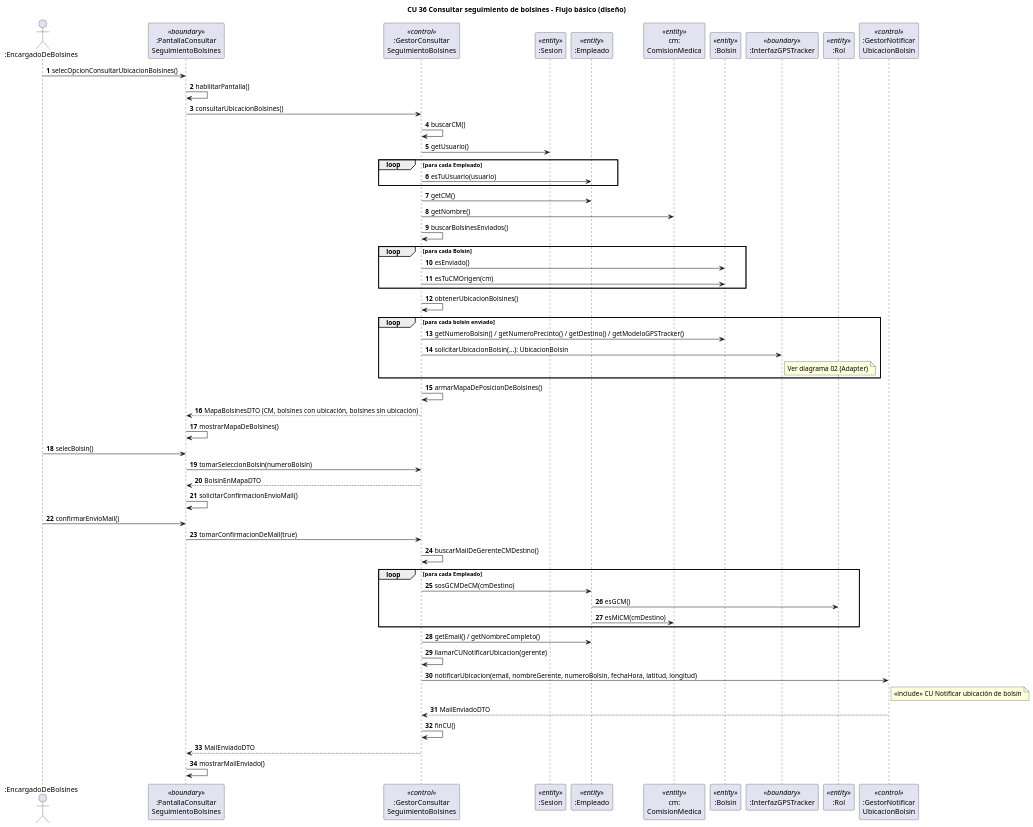
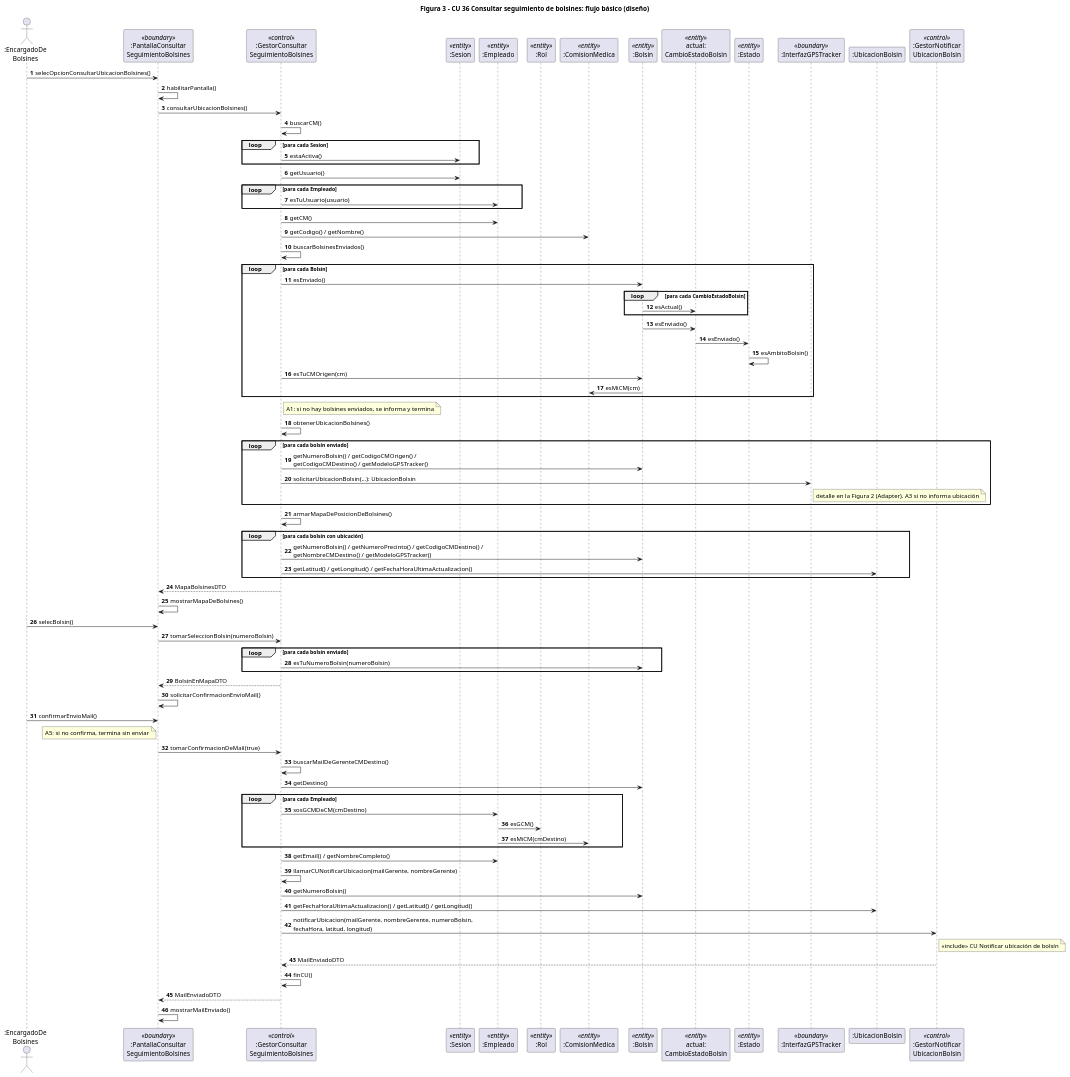
One commit to Fedegon10/CU-36-G1 changed the diagram in 03_diagramas/fuentes_plantuml/03_secuencia_completa_corregida.puml. Above: the diagram before and after it, drawn with PlantUML. The commit also changed 32 other files, not shown here.

First line of the commit message:
Código y diagramas de secuencia alineados mensaje por mensaje

```diff
--- a/03_diagramas/fuentes_plantuml/03_secuencia_completa_corregida.puml
+++ b/03_diagramas/fuentes_plantuml/03_secuencia_completa_corregida.puml
@@ -1,70 +1,96 @@
 @startuml 03_secuencia_completa_corregida
-' Secuencia completa del CU 36 (flujo básico) con las correcciones de la revisión de la Entrega 1:
-'  - mostrarComisionMedicaEmp recibe el nombre de la CM (se obtiene con getNombre())
-'  - Gestor no consulta directamente a Estado; el Bolsín resuelve su estado con el CambioEstado actual
-'  - Se usa esEnviado() en lugar de buscarBolsinEnEstadoEnviado()
-'  - Se obtienen número, precinto y CM destino de cada bolsín
-'  - Loop sobre Empleado: sosGCMDeCM() resuelve rol y CM a la vez
-'  - El CU incluido es "Notificar ubicación de bolsín" (no Registrar revisión de documentación)
-skinparam dpi 120
+' Vista dinámica - flujo básico completo del CU 36 (diseño), con las correcciones de la Entrega 1.
+' Cada número de mensaje está indicado en el código con un comentario [Fig. 3 · N].
+' Los mensajes 19-20 se detallan en la Figura 2 (patrón Adapter).
+skinparam dpi 110
+skinparam sequenceMessageAlign left
 autonumber
-title CU 36 Consultar seguimiento de bolsines - Flujo básico (diseño)
+title Figura 3 – CU 36 Consultar seguimiento de bolsines: flujo básico (diseño)
 
-actor ":EncargadoDeBolsines" as EB
+actor ":EncargadoDe\nBolsines" as EB
 participant ":PantallaConsultar\nSeguimientoBolsines" as P <<boundary>>
 participant ":GestorConsultar\nSeguimientoBolsines" as G <<control>>
 participant ":Sesion" as SE <<entity>>
 participant ":Empleado" as EM <<entity>>
-participant "cm:\nComisionMedica" as CMU <<entity>>
+participant ":Rol" as R <<entity>>
+participant ":ComisionMedica" as CM <<entity>>
 participant ":Bolsin" as B <<entity>>
+participant "actual:\nCambioEstadoBolsin" as CE <<entity>>
+participant ":Estado" as E <<entity>>
 participant ":InterfazGPSTracker" as I <<boundary>>
-participant ":Rol" as R <<entity>>
+participant ":UbicacionBolsin" as U
 participant ":GestorNotificar\nUbicacionBolsin" as N <<control>>
 
 EB -> P : selecOpcionConsultarUbicacionBolsines()
 P -> P : habilitarPantalla()
 P -> G : consultarUbicacionBolsines()
+
 G -> G : buscarCM()
+loop para cada Sesion
+  G -> SE : estaActiva()
+end
 G -> SE : getUsuario()
 loop para cada Empleado
   G -> EM : esTuUsuario(usuario)
 end
 G -> EM : getCM()
-G -> CMU : getNombre()
+G -> CM : getCodigo() / getNombre()
 
 G -> G : buscarBolsinesEnviados()
 loop para cada Bolsin
   G -> B : esEnviado()
+  loop para cada CambioEstadoBolsin
+    B -> CE : esActual()
+  end
+  B -> CE : esEnviado()
+  CE -> E : esEnviado()
+  E -> E : esAmbitoBolsin()
   G -> B : esTuCMOrigen(cm)
+  B -> CM : esMiCM(cm)
 end
+note right of G : A1: si no hay bolsines enviados, se informa y termina
+
 G -> G : obtenerUbicacionBolsines()
 loop para cada bolsín enviado
-  G -> B : getNumeroBolsin() / getNumeroPrecinto() / getDestino() / getModeloGPSTracker()
+  G -> B : getNumeroBolsin() / getCodigoCMOrigen() /\ngetCodigoCMDestino() / getModeloGPSTracker()
   G -> I : solicitarUbicacionBolsin(...): UbicacionBolsin
-  note right of I : Ver diagrama 02 (Adapter)
+  note right of I : detalle en la Figura 2 (Adapter). A3 si no informa ubicación
 end
+
 G -> G : armarMapaDePosicionDeBolsines()
-G --> P : MapaBolsinesDTO (CM, bolsines con ubicación, bolsines sin ubicación)
+loop para cada bolsín con ubicación
+  G -> B : getNumeroBolsin() / getNumeroPrecinto() / getCodigoCMDestino() /\ngetNombreCMDestino() / getModeloGPSTracker()
+  G -> U : getLatitud() / getLongitud() / getFechaHoraUltimaActualizacion()
+end
+G --> P : MapaBolsinesDTO
 P -> P : mostrarMapaDeBolsines()
 
 EB -> P : selecBolsin()
 P -> G : tomarSeleccionBolsin(numeroBolsin)
+loop para cada bolsín enviado
+  G -> B : esTuNumeroBolsin(numeroBolsin)
+end
 G --> P : BolsinEnMapaDTO
 P -> P : solicitarConfirmacionEnvioMail()
 EB -> P : confirmarEnvioMail()
+note left of P : A5: si no confirma, termina sin enviar
 P -> G : tomarConfirmacionDeMail(true)
+
 G -> G : buscarMailDeGerenteCMDestino()
+G -> B : getDestino()
 loop para cada Empleado
   G -> EM : sosGCMDeCM(cmDestino)
   EM -> R : esGCM()
-  EM -> CMU : esMiCM(cmDestino)
+  EM -> CM : esMiCM(cmDestino)
 end
 G -> EM : getEmail() / getNombreCompleto()
-G -> G : llamarCUNotificarUbicacion(gerente)
-G -> N : notificarUbicacion(email, nombreGerente, numeroBolsin, fechaHora, latitud, longitud)
+G -> G : llamarCUNotificarUbicacion(mailGerente, nombreGerente)
+G -> B : getNumeroBolsin()
+G -> U : getFechaHoraUltimaActualizacion() / getLatitud() / getLongitud()
+G -> N : notificarUbicacion(mailGerente, nombreGerente, numeroBolsin,\nfechaHora, latitud, longitud)
 note right of N : <<include>> CU Notificar ubicación de bolsín
 N --> G : MailEnviadoDTO
 G -> G : finCU()
 G --> P : MailEnviadoDTO
 P -> P : mostrarMailEnviado()
 @enduml
```
